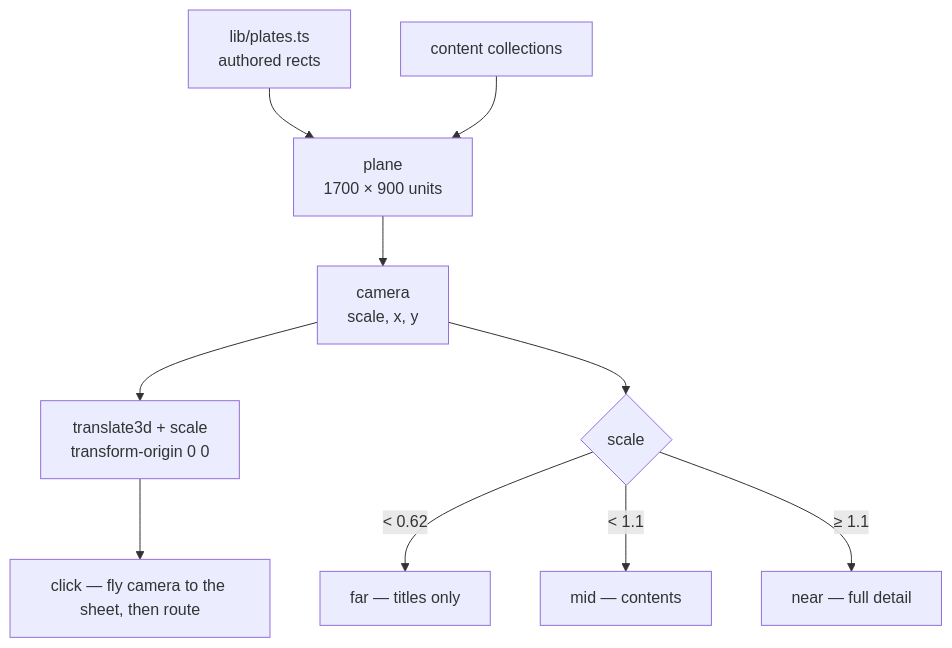
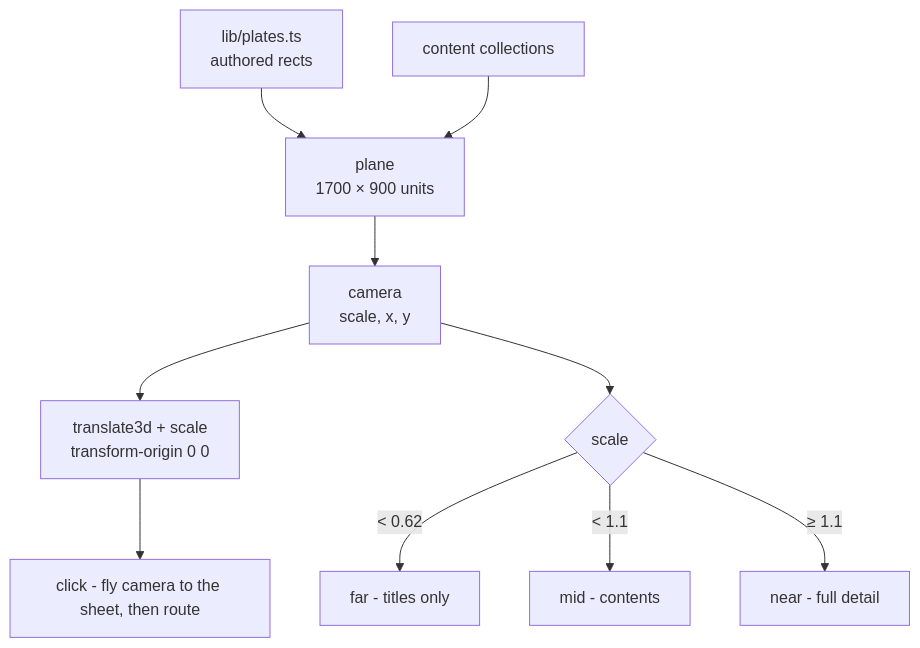
One commit to ax5hay/akshaybajpai.com changed the second of 5 diagrams in README.md. Above: the diagram before and after it, drawn with Mermaid. The commit also changed other lines of this file and 42 other files, not shown here.

````diff
--- a/README.md
+++ b/README.md
@@ -208,12 +208,12 @@
 ```mermaid
 flowchart TD
   REG["lib/plates.ts<br/>authored rects"] --> PLANE["plane<br/>1700 × 900 units"]
   CONTENT["content collections"] --> PLANE
   PLANE --> CAM["camera<br/>scale, x, y"]
   CAM --> XFORM["translate3d + scale<br/>transform-origin 0 0"]
   CAM --> LOD{"scale"}
-  LOD -->|"< 0.62"| FAR["far — titles only"]
-  LOD -->|"< 1.1"| MID["mid — contents"]
-  LOD -->|"≥ 1.1"| NEAR["near — full detail"]
-  XFORM --> FLY["click — fly camera to the sheet, then route"]
+  LOD -->|"< 0.62"| FAR["far - titles only"]
+  LOD -->|"< 1.1"| MID["mid - contents"]
+  LOD -->|"≥ 1.1"| NEAR["near - full detail"]
+  XFORM --> FLY["click - fly camera to the sheet, then route"]
 ```
````
